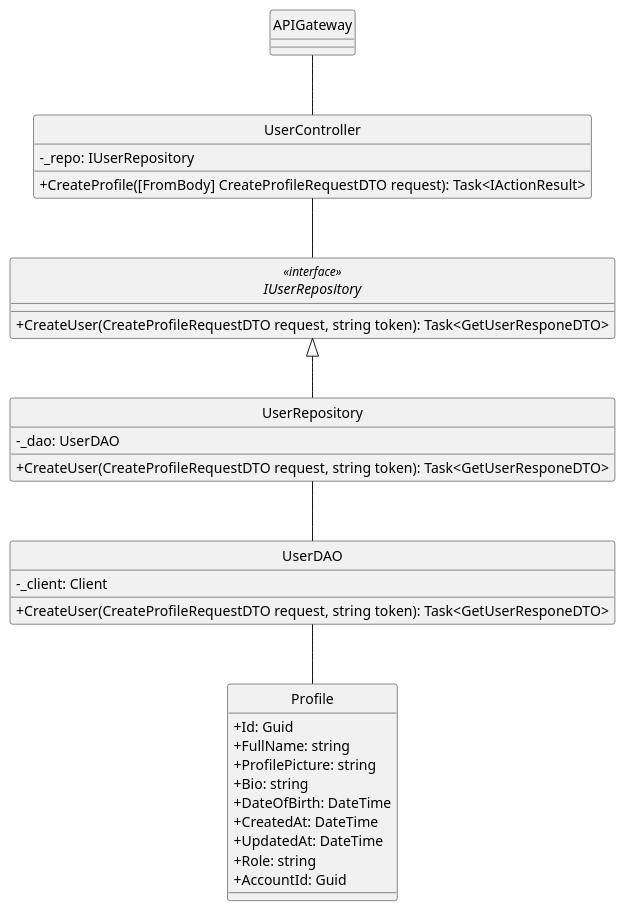
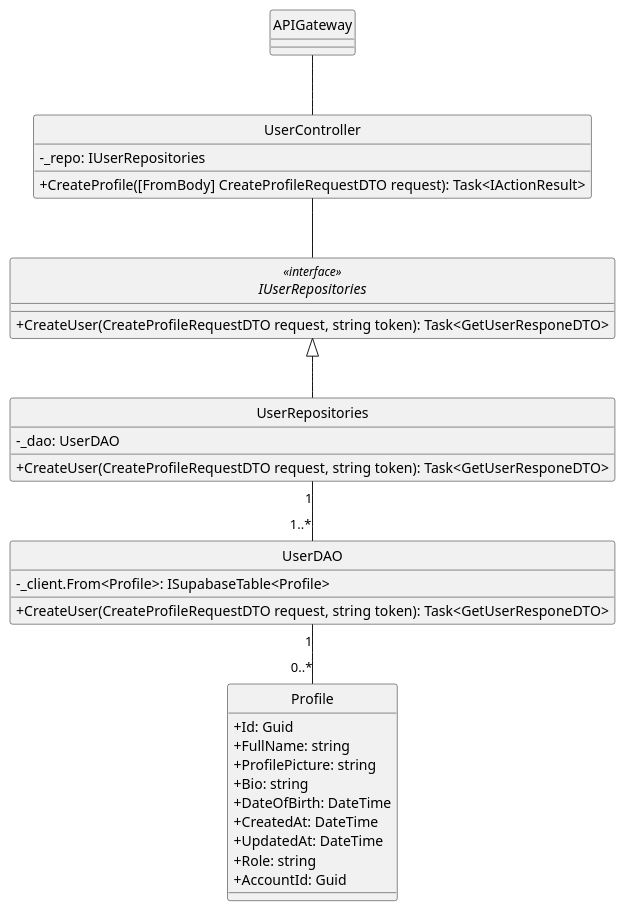
The diagram in docs/ClassDiagram/User/CreateProfile/CreateProfile.plantuml (minhnhut23/FPT-OBOMS), drawn with PlantUML before and after one commit. The commit also changed 9 other files, not shown here.

Commit message:
edit diagram auth and user

```diff
--- a/docs/ClassDiagram/User/CreateProfile/CreateProfile.plantuml
+++ b/docs/ClassDiagram/User/CreateProfile/CreateProfile.plantuml
@@ -1,46 +1,46 @@
 @startuml 
 hide circle
 skinparam classAttributeIconSize 0
 skinparam linetype ortho
 
 class APIGateway {
 }
 
 class UserController{
-    - _repo: IUserRepository
+    - _repo: IUserRepositories
     + CreateProfile([FromBody] CreateProfileRequestDTO request): Task<IActionResult>
 }
 
-interface IUserRepository<<interface>> {
+interface IUserRepositories<<interface>> {
     + CreateUser(CreateProfileRequestDTO request, string token): Task<GetUserResponeDTO>
 }
 
-class UserRepository {
+class UserRepositories {
     - _dao: UserDAO
     + CreateUser(CreateProfileRequestDTO request, string token): Task<GetUserResponeDTO>
 }
 
 class UserDAO {
-    - _client: Client
+    - _client.From<Profile>: ISupabaseTable<Profile>
     + CreateUser(CreateProfileRequestDTO request, string token): Task<GetUserResponeDTO>
 }
 
 class Profile {
     + Id: Guid
     + FullName: string
     + ProfilePicture: string
     + Bio: string
     + DateOfBirth: DateTime
     + CreatedAt: DateTime
     + UpdatedAt: DateTime
     + Role: string
     + AccountId: Guid
 }
 
 APIGateway -- UserController
-UserController -- IUserRepository 
-IUserRepository <|-- UserRepository
-UserRepository -- UserDAO
-UserDAO -- Profile
+UserController -- IUserRepositories 
+IUserRepositories <|-- UserRepositories
+UserRepositories "1"--"1..*" UserDAO
+UserDAO "1"--"0..*" Profile
 
 @enduml
```
